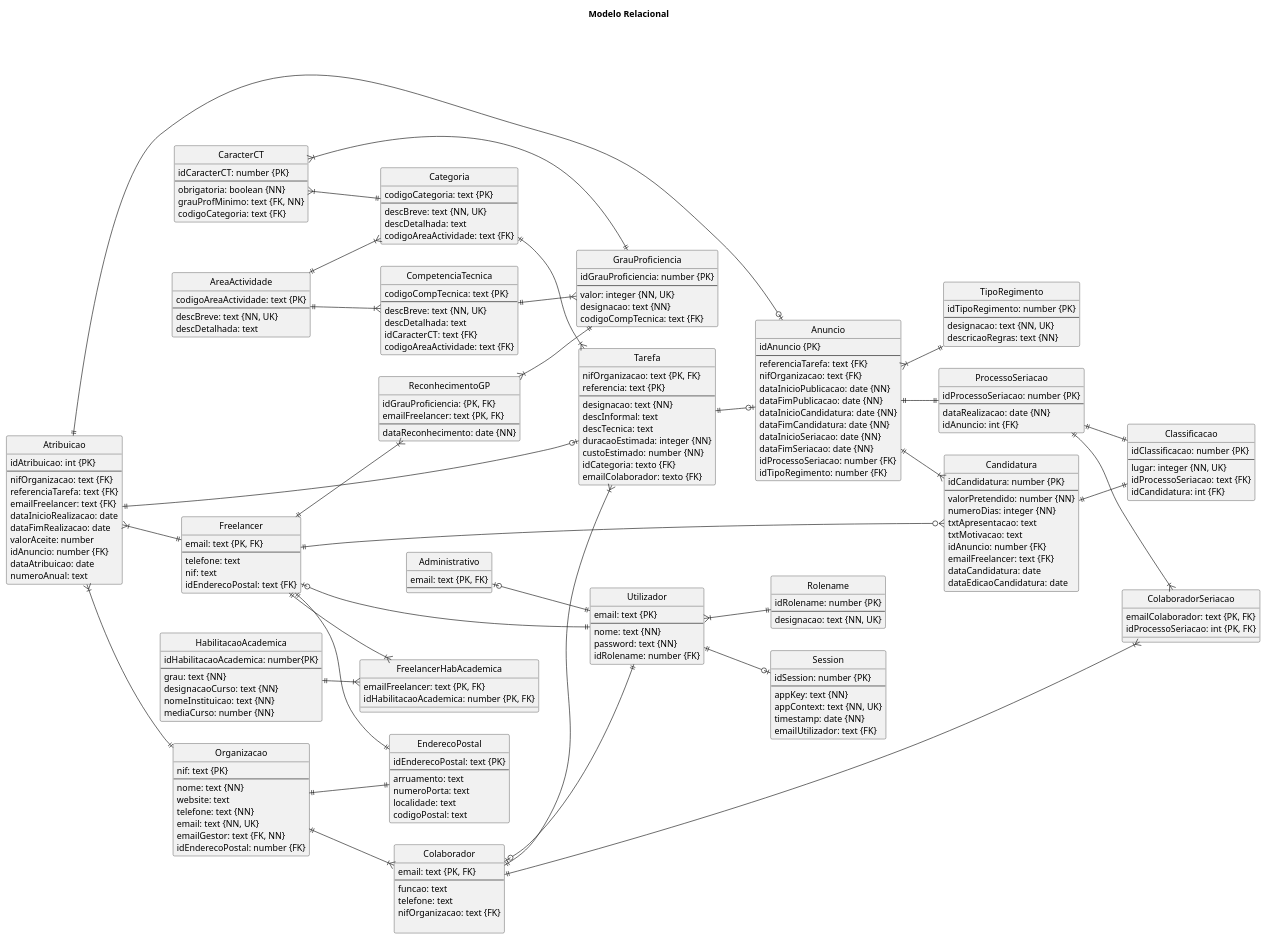
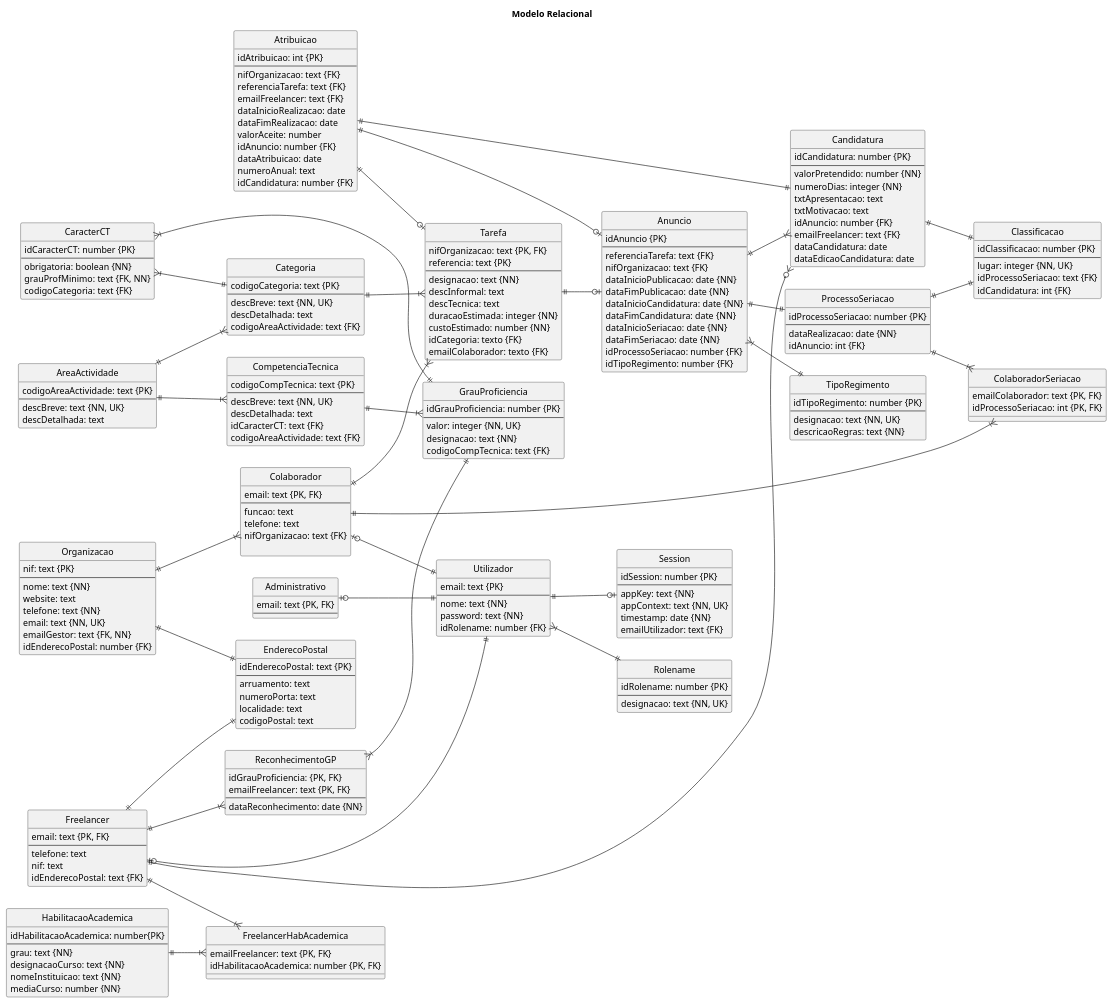
One commit to blestonbandeiraUPSKILL/upskill_java1_labprg_grupo2 changed the diagram in BaseDados/Modelo_Relacional.puml. Above: the diagram before and after it, drawn with PlantUML. The commit also changed 10 other files, not shown here.

```diff
--- a/BaseDados/Modelo_Relacional.puml
+++ b/BaseDados/Modelo_Relacional.puml
@@ -213,6 +213,7 @@
     idAnuncio: number {FK}
     dataAtribuicao: date
     numeroAnual: text
+    idCandidatura: number {FK}
 }
 
 
@@ -245,9 +246,8 @@
 Colaborador ||--|{ ColaboradorSeriacao
 Utilizador }|--|| Rolename
 Utilizador ||--o| Session
-Atribuicao }|--|| Freelancer
 Atribuicao ||--o| Tarefa
 Atribuicao ||--o| Anuncio
-Atribuicao }|--|| Organizacao
+Atribuicao ||--|| Candidatura
 
 @enduml
```
